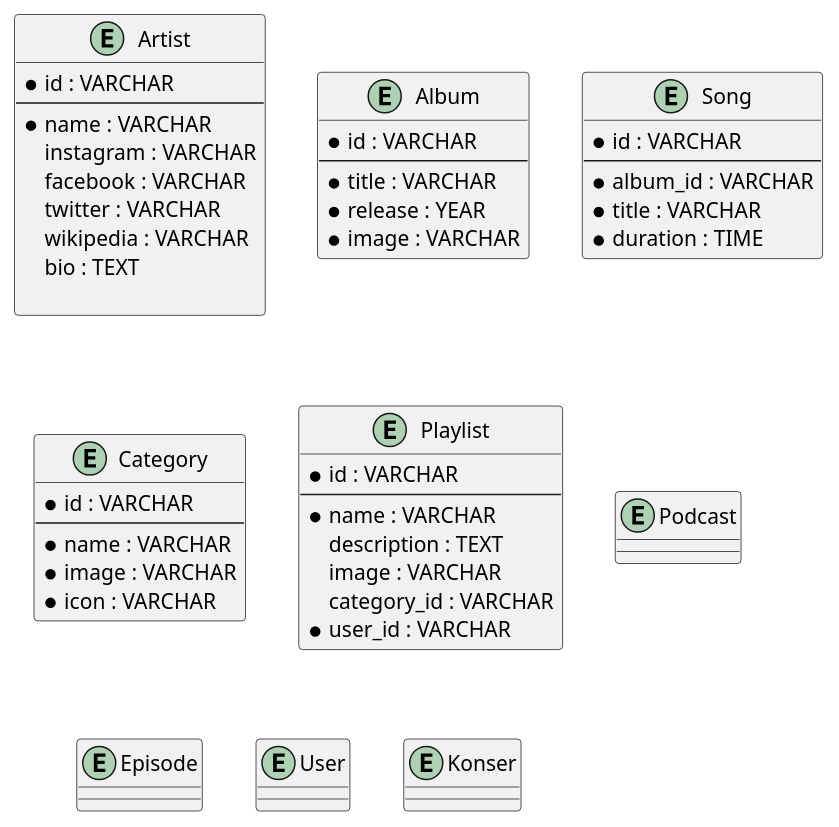
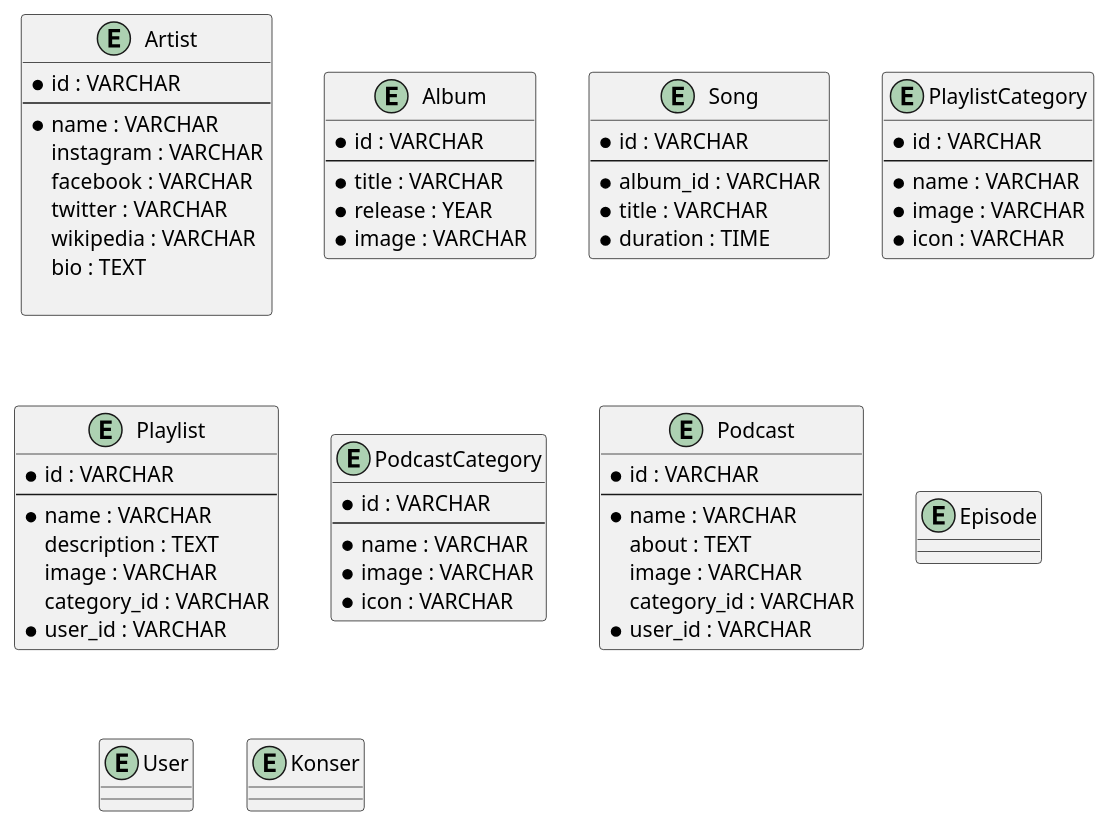
Before and after one commit to bayubagusbagaswara/design-database-spotify-clone: the diagram in src/entity.puml, drawn with PlantUML.

Commit message:
membuat entity PodcastCategory dan menentukan attribute untuk Podcast

```diff
--- a/src/entity.puml
+++ b/src/entity.puml
@@ -1,52 +1,65 @@
 @startuml
 entity Artist {
     * id : VARCHAR
     --
     * name : VARCHAR
     instagram : VARCHAR
     facebook : VARCHAR
     twitter : VARCHAR
     wikipedia : VARCHAR
     bio : TEXT
 
 }
 entity Album {
     * id : VARCHAR
     --
     * title : VARCHAR
     * release : YEAR
     * image : VARCHAR
 }
 entity Song {
     * id : VARCHAR
     --
     * album_id : VARCHAR
     * title : VARCHAR
     * duration : TIME
 }
-entity Category {
+entity PlaylistCategory {
     * id : VARCHAR
     --
     * name : VARCHAR
     * image : VARCHAR
     * icon : VARCHAR
 }
 entity Playlist{
     * id : VARCHAR
     --
     * name : VARCHAR
     description : TEXT
     image : VARCHAR
     category_id : VARCHAR
     * user_id : VARCHAR
 }
+entity PodcastCategory {
+    * id : VARCHAR
+    --
+    * name : VARCHAR
+    * image : VARCHAR
+    * icon : VARCHAR
+}
 entity Podcast {
-
+    * id : VARCHAR
+    --
+    * name : VARCHAR
+    about : TEXT
+    image : VARCHAR
+    category_id : VARCHAR
+    * user_id : VARCHAR
 }
 entity Episode {
 }
 entity User{
 }
 entity Konser{
 }
 @enduml
```
